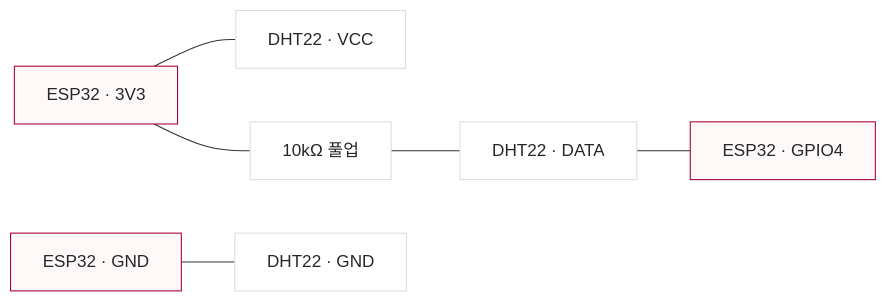
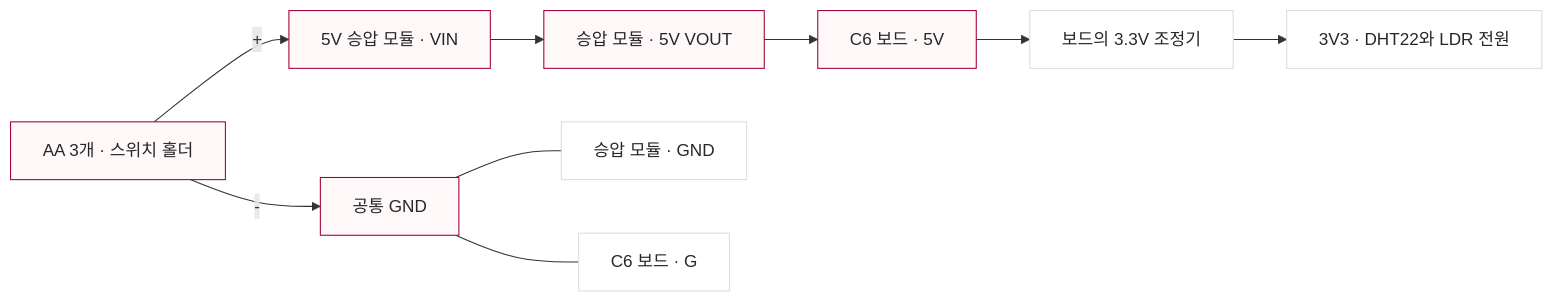
One commit to unknownamed/lgax-kitchen-sensor-android changed the first of 2 diagrams in docs/WIRING.md. Above: the diagram before and after it, drawn with Mermaid. The commit also changed other lines of this file and 23 other files, not shown here.

````diff
--- a/docs/WIRING.md
+++ b/docs/WIRING.md
@@ -21,12 +25,15 @@
 ```mermaid
 flowchart LR
-    P["ESP32 · 3V3"] --- V["DHT22 · VCC"]
-    P --- R["10kΩ 풀업"]
-    R --- D["DHT22 · DATA"]
-    D --- I["ESP32 · GPIO4"]
-    G["ESP32 · GND"] --- S["DHT22 · GND"]
+    BAT["AA 3개 · 스위치 홀더"] -->|"+"| VIN["5V 승압 모듈 · VIN"]
+    VIN --> VOUT["승압 모듈 · 5V VOUT"]
+    VOUT --> B5["C6 보드 · 5V"]
+    BAT -->|"-"| G["공통 GND"]
+    G --- MG["승압 모듈 · GND"]
+    G --- BG["C6 보드 · G"]
+    B5 --> REG["보드의 3.3V 조정기"]
+    REG --> S["3V3 · DHT22와 LDR 전원"]
     classDef power fill:#fff8f9,stroke:#a50034,color:#262626
     classDef part fill:#ffffff,stroke:#e2dcd6,color:#262626
-    class P,G,I power
-    class V,R,D,S part
+    class BAT,VIN,VOUT,B5,G power
+    class MG,BG,REG,S part
 ```
````
